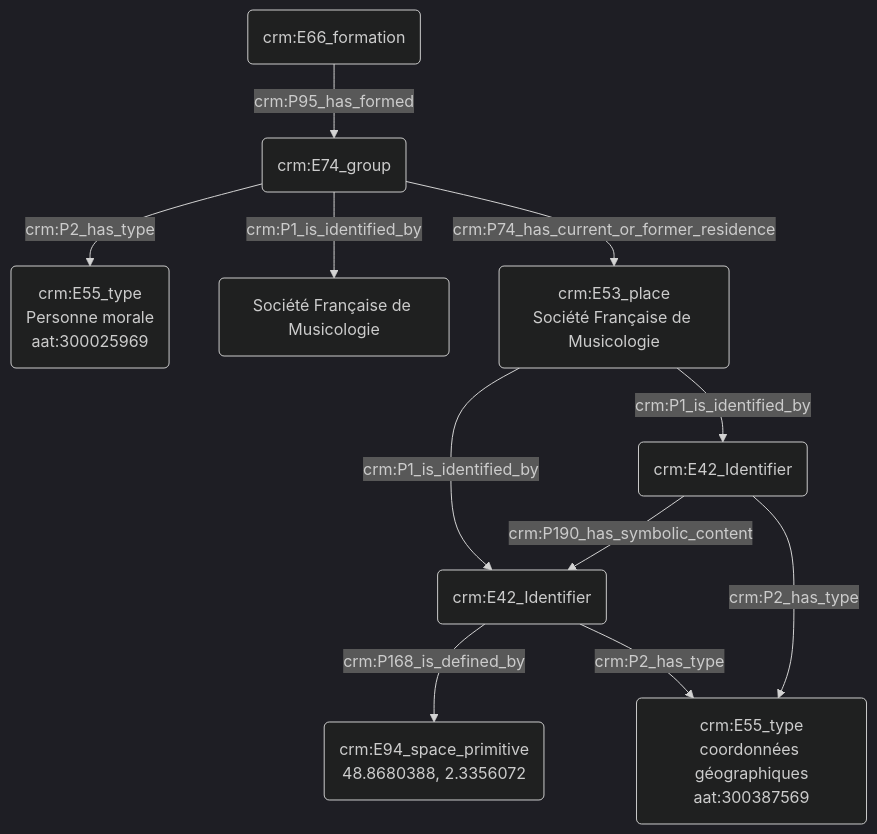
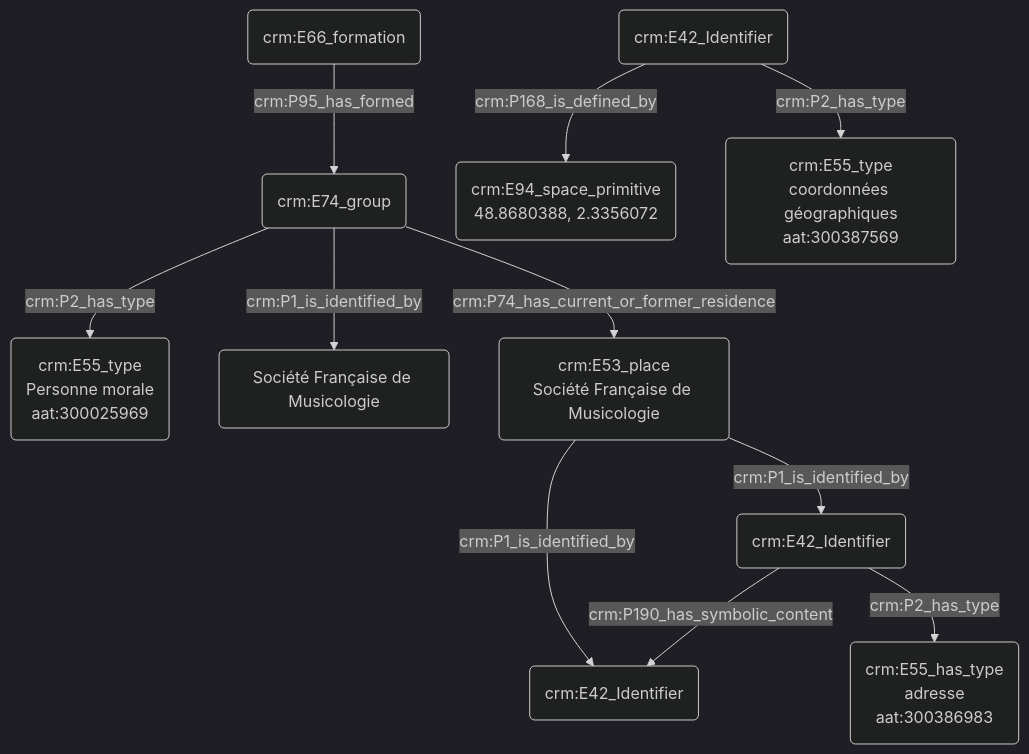
Before and after one commit to Amleth/consortium-musica2-gt2-ontologies: the diagram in modules/livrables/Dossier 2/Indexation conceptuelle/désignation d'une personne morale.md, drawn with Mermaid (dark theme).

Commit message:
Update désignation d'une personne morale.md

````diff
--- a/modules/livrables/Dossier 2/Indexation conceptuelle/désignation d'une personne morale.md
+++ b/modules/livrables/Dossier 2/Indexation conceptuelle/désignation d'une personne morale.md
@@ -15,18 +15,18 @@
 ```mermaid
 graph TD;
 
 A(crm:E39_actor) --> |crm:P2_has_type| B(crm:E55_type<br>Personne morale<br>aat:300025969)
 C(crm:E66_formation) --> |crm:P95_has_formed| A(crm:E74_group)
 A(crm:E74_group) --> |crm:P1_is_identified_by| I(Société Française de Musicologie)
 A(crm:E74_group) -->|crm:P74_has_current_or_former_residence| D(crm:E53_place<br>Bibliothèque Nationale de France)
 
 D(crm:E53_place<br>Société Française de Musicologie) --> |crm:P1_is_identified_by| F(crm:E42_Identifier)
 F(crm:E42_Identifier) --> |crm:P190_has_symbolic_content| G(58 rue de Richelieu, 75002, Paris)
 F(crm:E42_Identifier) --> |crm:P2_has_type| H(crm:E55_has_type<br>adresse<br>aat:300386983)
 
 D(crm:E53_place<br>Société Française de Musicologie) --> |crm:P1_is_identified_by| G(crm:E42_Identifier)
-G(crm:E42_Identifier) --> |crm:P168_is_defined_by| E(crm:E94_space_primitive<br>48.8680388, 2.3356072)
-G(crm:E42_Identifier) --> |crm:P2_has_type| H(crm:E55_type<br>coordonnées géographiques<br>aat:300387569)
+M(crm:E42_Identifier) --> |crm:P168_is_defined_by| E(crm:E94_space_primitive<br>48.8680388, 2.3356072)
+M(crm:E42_Identifier) --> |crm:P2_has_type| N(crm:E55_type<br>coordonnées géographiques<br>aat:300387569)
 
 
 ```
````
